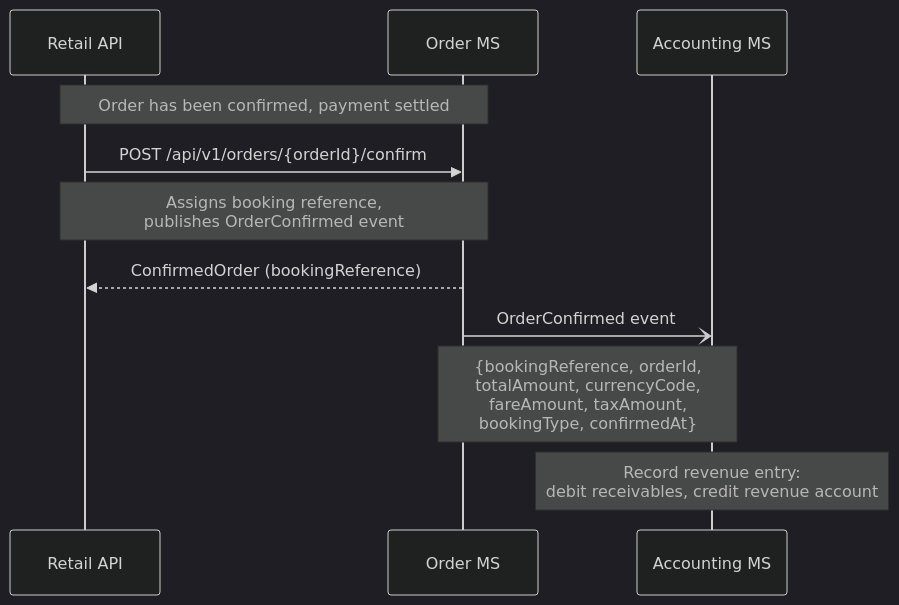
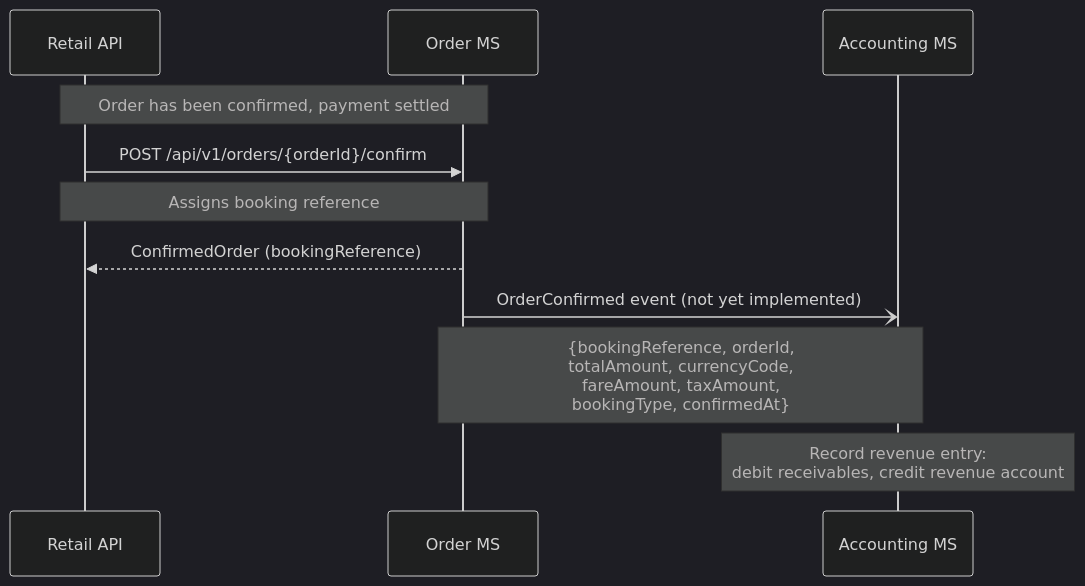
The first of 2 diagrams in documentation/sequences/accounting.md (sebharvey/airline-reservation-system), drawn with Mermaid (dark theme) before and after one commit. The commit also changed other lines of this file and 11 other files, not shown here.

````diff
--- a/documentation/sequences/accounting.md
+++ b/documentation/sequences/accounting.md
@@ -11,17 +18,17 @@
 ```mermaid
 sequenceDiagram
     participant RetailAPI as Retail API
     participant OrderMS as Order MS
     participant AccountingMS as Accounting MS
 
     Note over RetailAPI,OrderMS: Order has been confirmed, payment settled
 
     RetailAPI->>OrderMS: POST /api/v1/orders/{orderId}/confirm
-    Note over RetailAPI,OrderMS: Assigns booking reference,<br/>publishes OrderConfirmed event
+    Note over RetailAPI,OrderMS: Assigns booking reference
     OrderMS-->>RetailAPI: ConfirmedOrder (bookingReference)
 
-    OrderMS-)AccountingMS: OrderConfirmed event
+    OrderMS-)AccountingMS: OrderConfirmed event (not yet implemented)
     Note over OrderMS,AccountingMS: {bookingReference, orderId,<br/>totalAmount, currencyCode,<br/>fareAmount, taxAmount,<br/>bookingType, confirmedAt}
 
     Note over AccountingMS: Record revenue entry:<br/>debit receivables, credit revenue account
 ```
````
